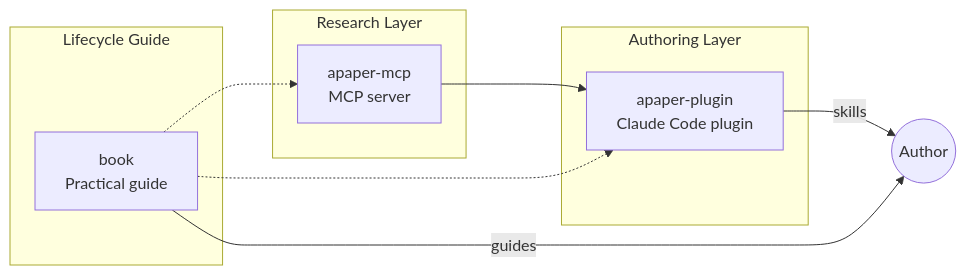
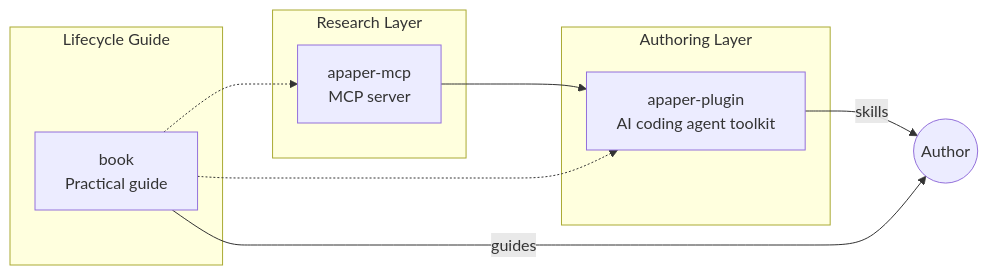
The diagram in profile/README.md (ai4paper/.github), drawn with Mermaid before and after one commit. The commit also changed other lines of this file, not shown here.

Commit message:
📝 docs: add Codex and OpenCode setup

````diff
--- a/profile/README.md
+++ b/profile/README.md
@@ -13,20 +13,20 @@
 ```mermaid
 flowchart LR
     subgraph Research [Research Layer]
         MCP[apaper-mcp<br/>MCP server]
     end
 
     subgraph Authoring [Authoring Layer]
-        PLUGIN[apaper-plugin<br/>Claude Code plugin]
+        PLUGIN[apaper-plugin<br/>AI coding agent toolkit]
     end
 
     subgraph Guidance [Lifecycle Guide]
         BOOK[book<br/>Practical guide]
     end
 
     MCP --> PLUGIN
     PLUGIN -->|skills| Author((Author))
     BOOK -->|guides| Author
     BOOK -.-> MCP
     BOOK -.-> PLUGIN
 ```
````
